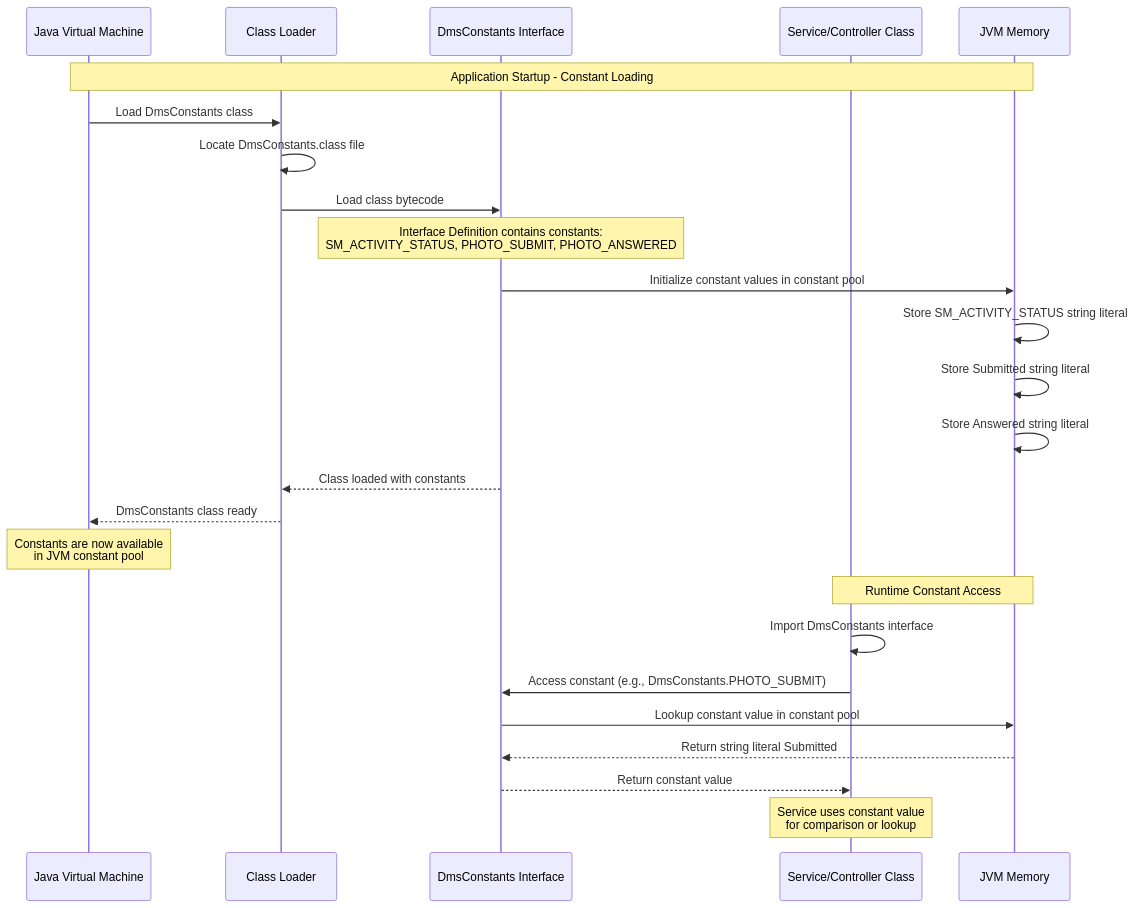
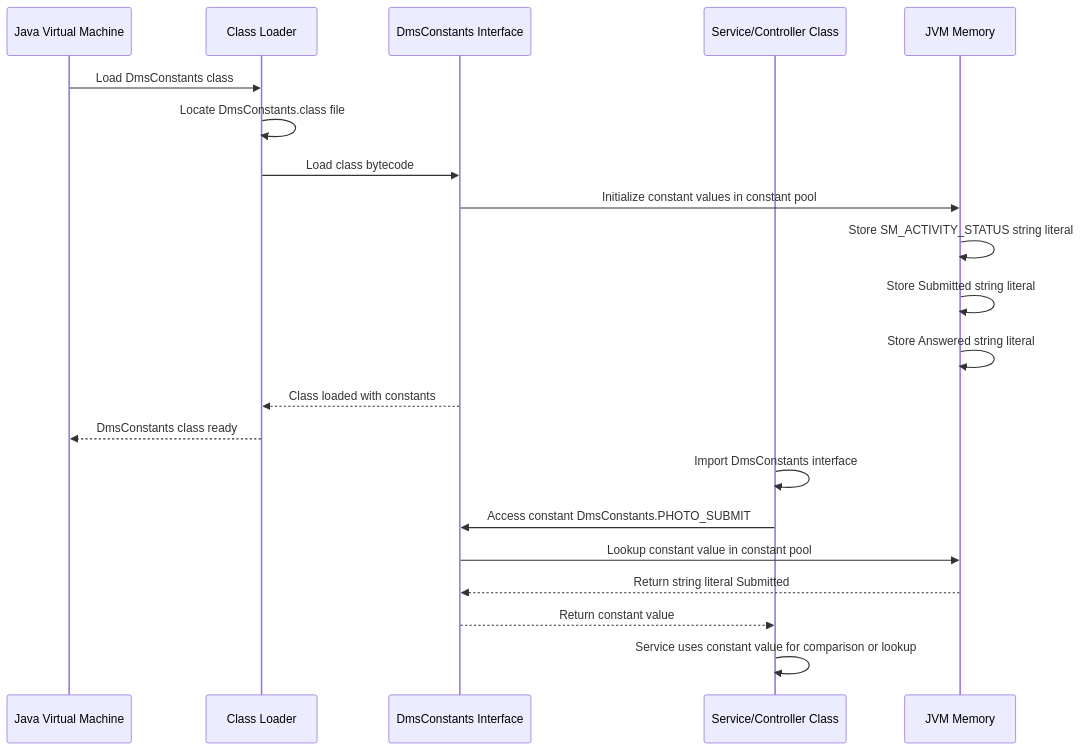
Before and after one commit to sarthak-kanungo/MyProjectITLDIS: the first of 5 diagrams in KUBOTA/KUBOTA-BACKENED/CONSTANT_MODULE_SEQUENCE_DIAGRAMS.md, drawn with Mermaid. The commit also changed 41 other files, not shown here.

First line of the commit message:
Refactor sequence diagrams and improve Mermaid syntax handling

````diff
--- a/KUBOTA/KUBOTA-BACKENED/CONSTANT_MODULE_SEQUENCE_DIAGRAMS.md
+++ b/KUBOTA/KUBOTA-BACKENED/CONSTANT_MODULE_SEQUENCE_DIAGRAMS.md
@@ -18,39 +18,30 @@
 ```mermaid
 sequenceDiagram
     %% Participants
     participant JVM as Java Virtual Machine
     participant ClassLoader as Class Loader
     participant DmsConstants as DmsConstants Interface
     participant Service as Service/Controller Class
     participant Memory as JVM Memory
 
-    %% Class Loading and Constant Initialization
-    Note over JVM,Memory: Application Startup - Constant Loading
-    
     JVM->>ClassLoader: Load DmsConstants class
     ClassLoader->>ClassLoader: Locate DmsConstants.class file
     ClassLoader->>DmsConstants: Load class bytecode
-    
-    Note over DmsConstants: Interface Definition contains constants:<br/>SM_ACTIVITY_STATUS, PHOTO_SUBMIT, PHOTO_ANSWERED
     
     DmsConstants->>Memory: Initialize constant values in constant pool
     Memory->>Memory: Store SM_ACTIVITY_STATUS string literal
     Memory->>Memory: Store Submitted string literal
     Memory->>Memory: Store Answered string literal
     
     DmsConstants-->>ClassLoader: Class loaded with constants
     ClassLoader-->>JVM: DmsConstants class ready
-    
-    Note over JVM: Constants are now available<br/>in JVM constant pool
 
-    %% Constant Access at Runtime
-    Note over Service,Memory: Runtime Constant Access
     Service->>Service: Import DmsConstants interface
-    Service->>DmsConstants: Access constant (e.g., DmsConstants.PHOTO_SUBMIT)
+    Service->>DmsConstants: Access constant DmsConstants.PHOTO_SUBMIT
     
     DmsConstants->>Memory: Lookup constant value in constant pool
     Memory-->>DmsConstants: Return string literal Submitted
     DmsConstants-->>Service: Return constant value
     
-    Note over Service: Service uses constant value<br/>for comparison or lookup
+    Service->>Service: Service uses constant value for comparison or lookup
 ```
````
